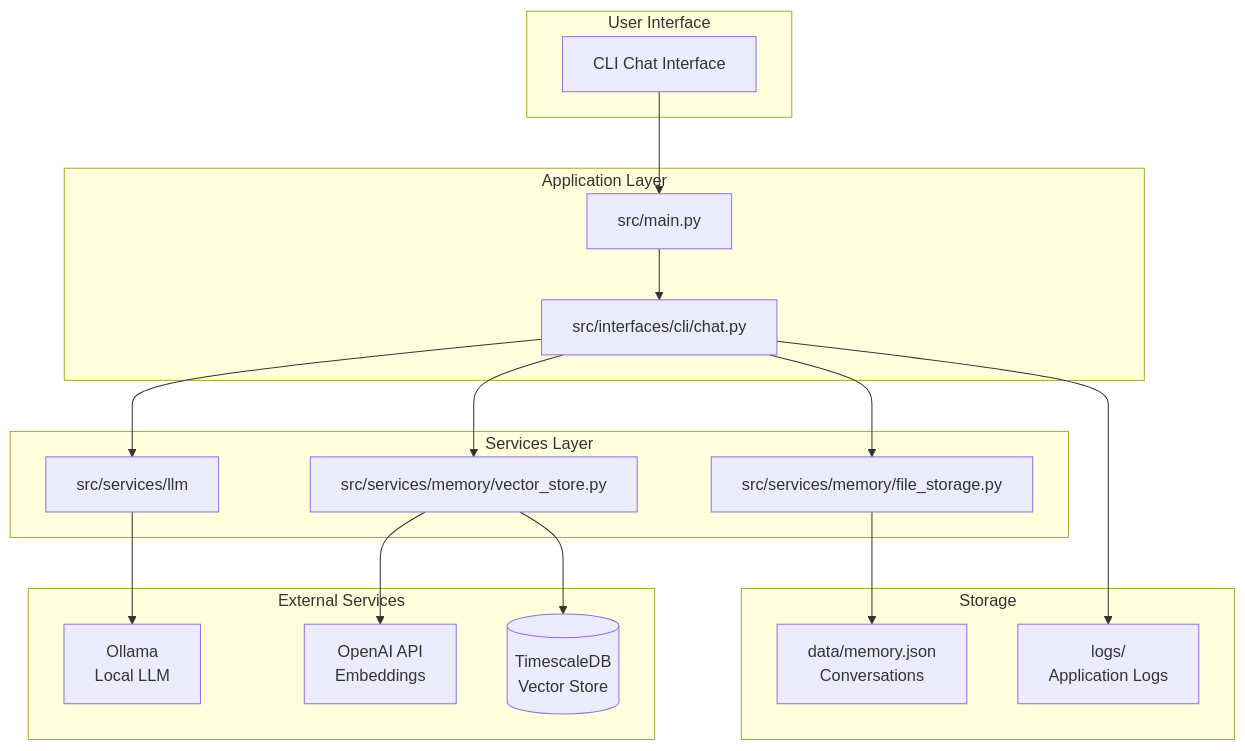
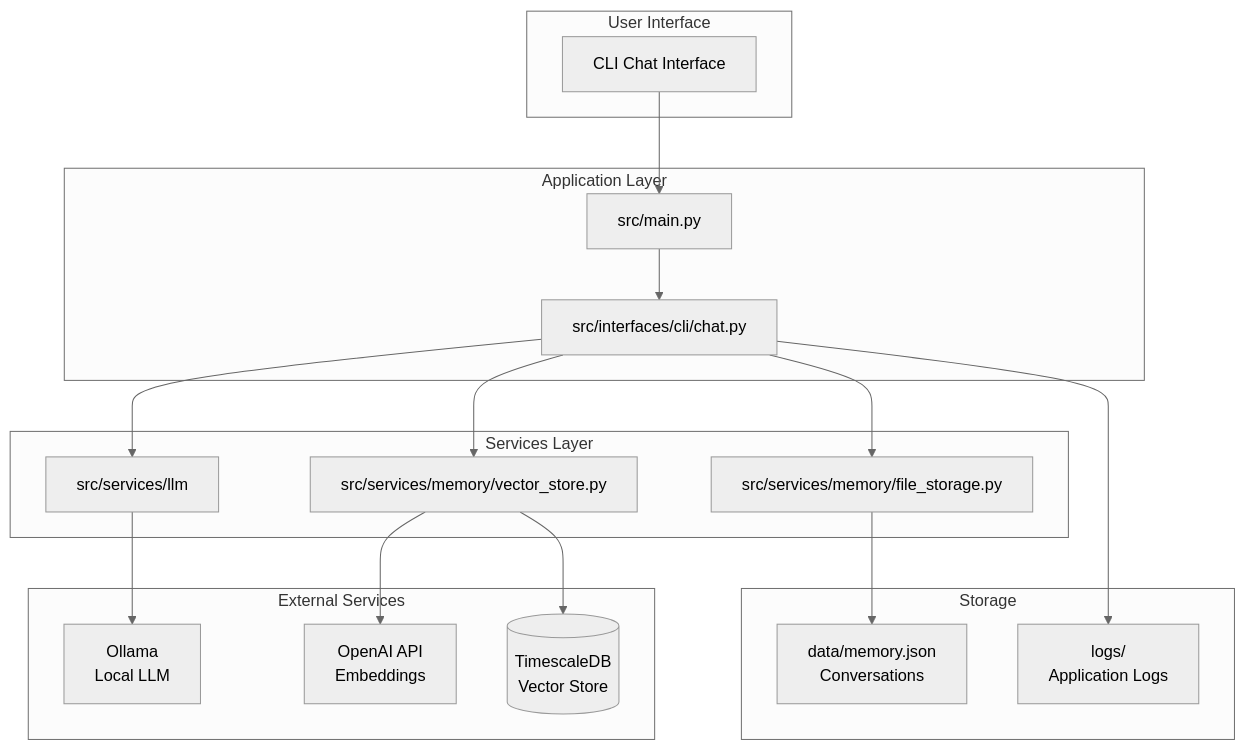
The first of 4 diagrams in docs/system-architecture.md (anchildress1/my-hermantic-agent), drawn with Mermaid before and after one commit. The commit also changed other lines of this file and 6 other files, not shown here.

First line of the commit message:
refactor: implement Pydantic Settings and enhance Mermaid diagrams

````diff
--- a/docs/system-architecture.md
+++ b/docs/system-architecture.md
@@ -7,45 +7,40 @@
 ```mermaid
----
-config:
-  accessibility:
-    - label: System Architecture
-    - description: System architecture and data flow
----
+%%{init: {'theme': 'neutral'}}%%
 graph TB
     subgraph "User Interface"
         CLI[CLI Chat Interface]
     end
 
     subgraph "Application Layer"
         Main[src/main.py]
         Chat[src/interfaces/cli/chat.py]
     end
 
     subgraph "Services Layer"
         OllamaService[src/services/llm]
         VectorStore[src/services/memory/vector_store.py]
         FileStore[src/services/memory/file_storage.py]
     end
 
     subgraph "External Services"
         Ollama[Ollama<br/>Local LLM]
         OpenAI[OpenAI API<br/>Embeddings]
         TimescaleDB[(TimescaleDB<br/>Vector Store)]
     end
 
     subgraph "Storage"
         JSON[data/memory.json<br/>Conversations]
         Logs[logs/<br/>Application Logs]
     end
 
     CLI --> Main
     Main --> Chat
     Chat --> OllamaService
     Chat --> VectorStore
     Chat --> FileStore
     OllamaService --> Ollama
     FileStore --> JSON
     Chat --> Logs
     VectorStore --> OpenAI
     VectorStore --> TimescaleDB
 ```
````
